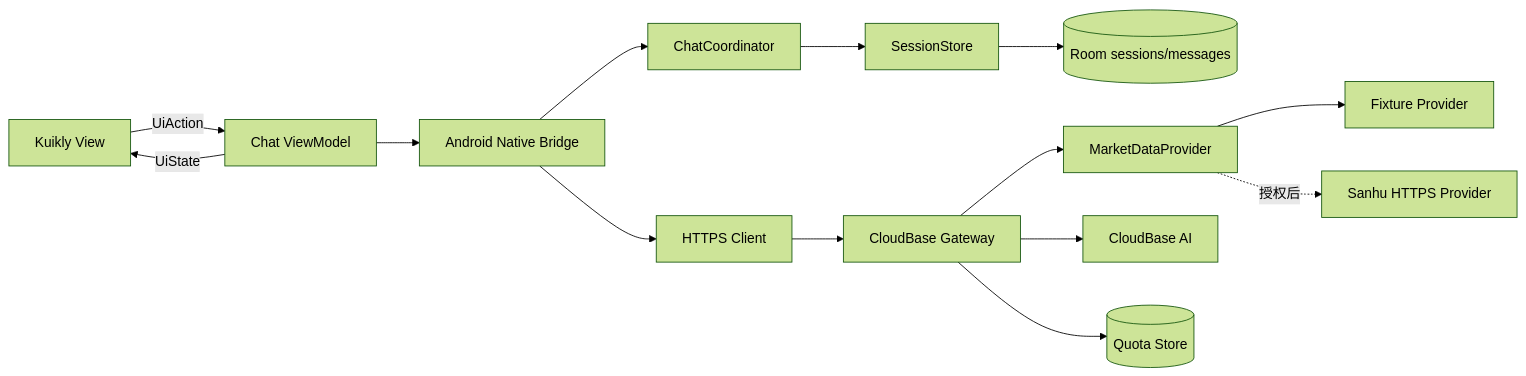
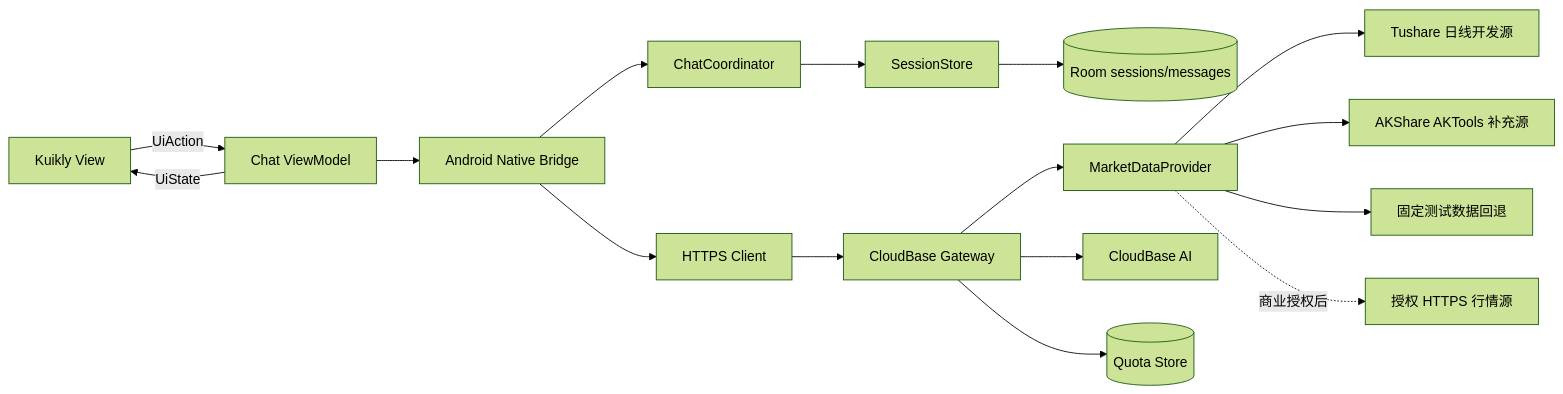
Before and after one commit to RogerIn1900/TalkToAI: the diagram in docs/v1/architecture.md, drawn with Mermaid (forest theme). The commit also changed other lines of this file and 67 other files, not shown here.

Commit message:
feat: persist market overview and refine chat charts

````diff
--- a/docs/v1/architecture.md
+++ b/docs/v1/architecture.md
@@ -5,16 +5,18 @@
 ```mermaid
 flowchart LR
     UI[Kuikly View] -->|UiAction| VM[Chat ViewModel]
     VM -->|UiState| UI
     VM --> BRIDGE[Android Native Bridge]
     BRIDGE --> CHAT[ChatCoordinator]
     BRIDGE --> API[HTTPS Client]
     CHAT --> SESSION[SessionStore]
     SESSION --> ROOM[(Room sessions/messages)]
     API --> GATEWAY[CloudBase Gateway]
     GATEWAY --> PROVIDER[MarketDataProvider]
     GATEWAY --> AI[CloudBase AI]
     GATEWAY --> QUOTA[(Quota Store)]
-    PROVIDER --> FIXTURE[Fixture Provider]
-    PROVIDER -. 授权后 .-> SANHU[Sanhu HTTPS Provider]
+    PROVIDER --> TUSHARE[Tushare 日线开发源]
+    PROVIDER --> AKTOOLS[AKShare AKTools 补充源]
+    PROVIDER --> FIXTURE[固定测试数据回退]
+    PROVIDER -. 商业授权后 .-> LICENSED[授权 HTTPS 行情源]
 ```
````
